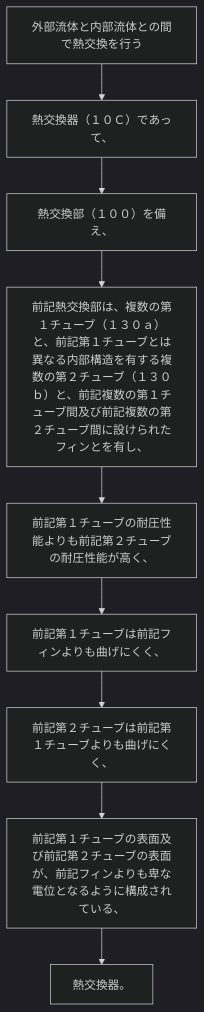
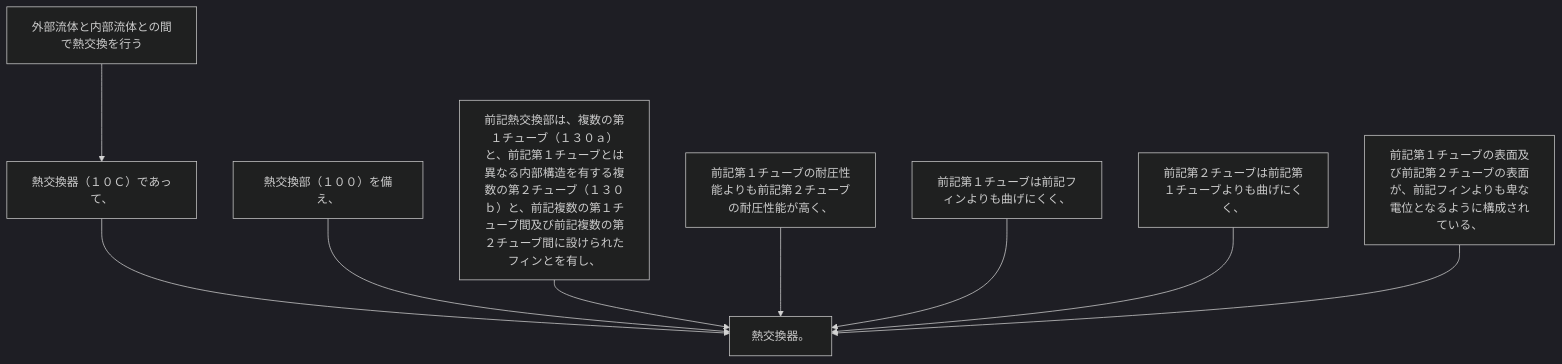
Before and after one commit to shinmori55/patent_analyzed: the diagram in 2024/JP2024007944A/claim_9/README.md, drawn with Mermaid (dark theme). The commit also changed 11 other files, not shown here.

````diff
--- a/2024/JP2024007944A/claim_9/README.md
+++ b/2024/JP2024007944A/claim_9/README.md
@@ -7,20 +7,20 @@
 ```mermaid
 flowchart TD
 A[外部流体と内部流体との間で熱交換を行う]
 B[熱交換器（１０Ｃ）であって、]
 C[熱交換部（１００）を備え、]
 D[前記熱交換部は、複数の第１チューブ（１３０ａ）と、前記第１チューブとは異なる内部構造を有する複数の第２チューブ（１３０ｂ）と、前記複数の第１チューブ間及び前記複数の第２チューブ間に設けられたフィンとを有し、]
 E[前記第１チューブの耐圧性能よりも前記第２チューブの耐圧性能が高く、]
 F[前記第１チューブは前記フィンよりも曲げにくく、]
 G[前記第２チューブは前記第１チューブよりも曲げにくく、]
 H[前記第１チューブの表面及び前記第２チューブの表面が、前記フィンよりも卑な電位となるように構成されている、]
 I[熱交換器。]
 A --> B
-B --> C
-C --> D
-D --> E
-E --> F
-F --> G
-G --> H
+B --> I
+C --> I
+D --> I
+E --> I
+F --> I
+G --> I
 H --> I
 ```
````
